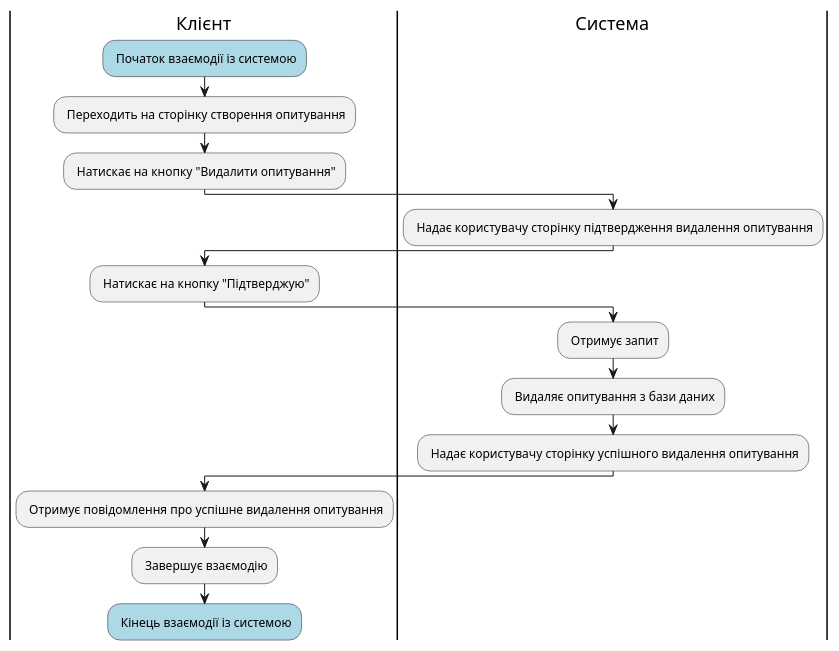
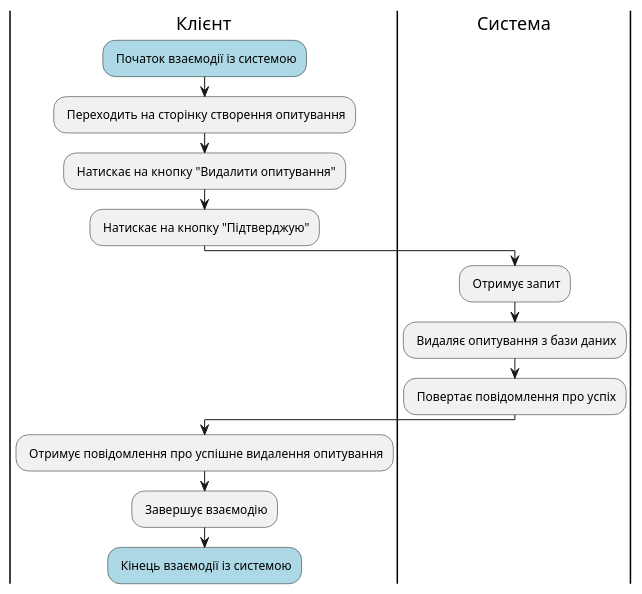
Before and after one commit to kujo205/db_labs: the ninth of 12 diagrams in docs/use cases/README.md, drawn with PlantUML. The commit also changed other lines of this file, not shown here.

```diff
--- a/docs/use cases/README.md
+++ b/docs/use cases/README.md
@@ -383,24 +368,19 @@
 @startuml
 
   |Клієнт|
   #lightblue : Початок взаємодії із системою;
   : Переходить на сторінку створення опитування; 
   : Натискає на кнопку "Видалити опитування";
-  
-  |Система|
-  : Надає користувачу сторінку підтвердження видалення опитування;
-
-  |Клієнт|
   : Натискає на кнопку "Підтверджую";
 
   |Система|
   : Отримує запит;
   : Видаляє опитування з бази даних;
-  : Надає користувачу сторінку успішного видалення опитування;
+  : Повертає повідомлення про успіх;
 
   |Клієнт|
   : Отримує повідомлення про успішне видалення опитування;
   : Завершує взаємодію;
   #lightblue : Кінець взаємодії із системою;
 
 @enduml
```
